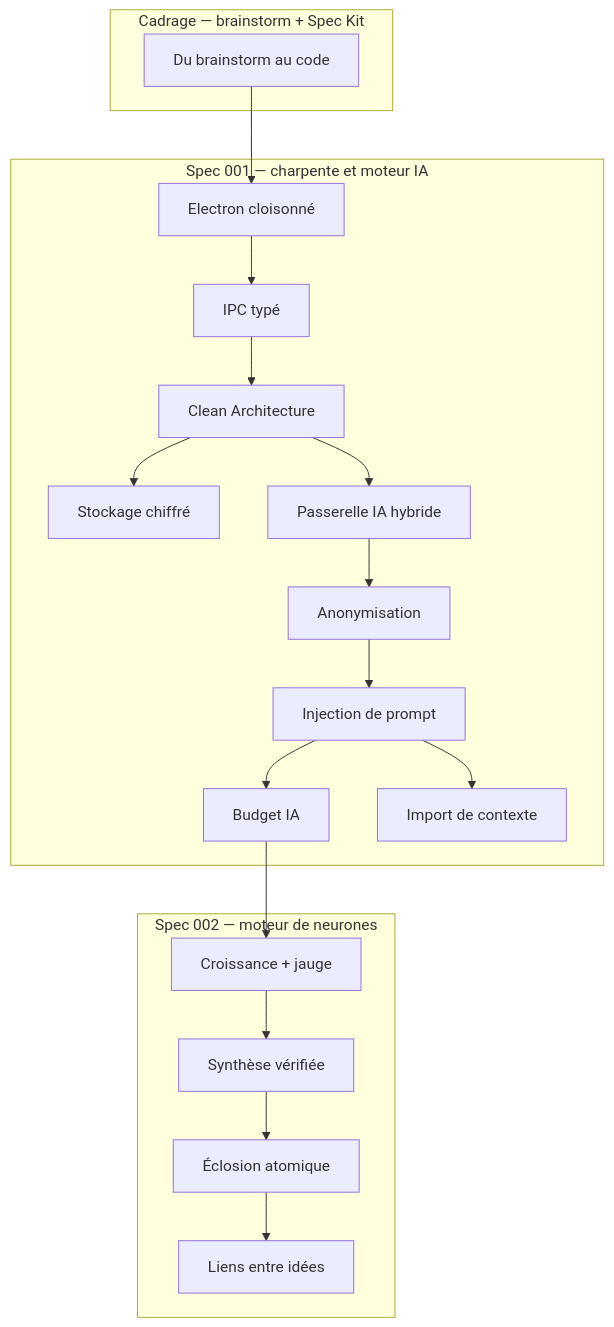
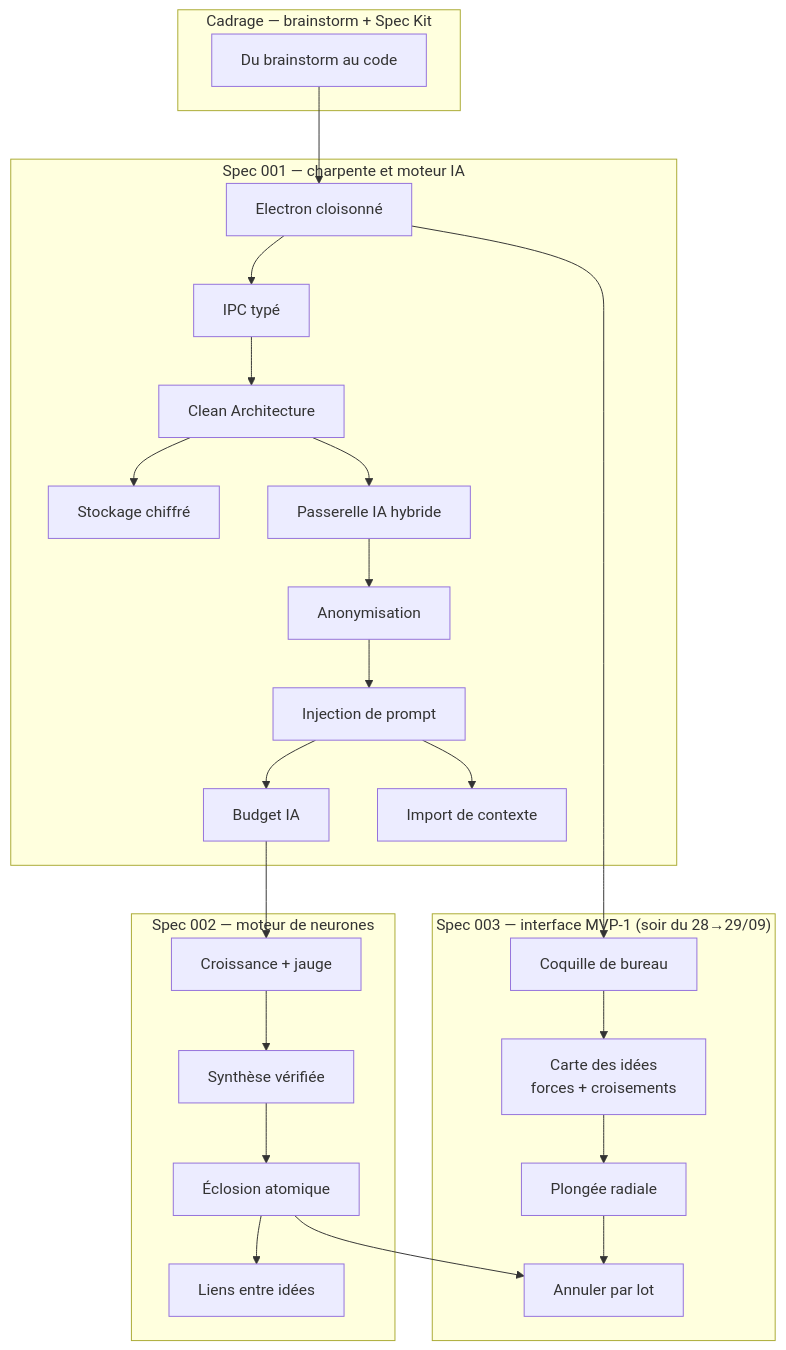
One commit to ernesthdj/gestionnaire-idees changed the diagram in docs/academique/MOC — Gestionnaire idées.md. Above: the diagram before and after it, drawn with Mermaid. The commit also changed other lines of this file and 173 other files, not shown here.

Commit message:
docs(gestionnaire-idees): fin de session - graphe et cours académique spec 003

````diff
--- a/docs/academique/MOC — Gestionnaire idées.md
+++ b/docs/academique/MOC — Gestionnaire idées.md
@@ -16,18 +16,23 @@
 ```mermaid
 flowchart TD
     subgraph "Cadrage — brainstorm + Spec Kit"
         A["Du brainstorm au code"]
     end
     subgraph "Spec 001 — charpente et moteur IA"
         B["Electron cloisonné"] --> C["IPC typé"] --> D["Clean Architecture"]
         D --> E["Stockage chiffré"]
         D --> F["Passerelle IA hybride"]
         F --> G["Anonymisation"] --> H["Injection de prompt"] --> I["Budget IA"]
         H --> N["Import de contexte"]
     end
     subgraph "Spec 002 — moteur de neurones"
         J["Croissance + jauge"] --> K["Synthèse vérifiée"] --> L["Éclosion atomique"] --> M["Liens entre idées"]
     end
+    subgraph "Spec 003 — interface MVP-1 (soir du 28→29/09)"
+        O["Coquille de bureau"] --> P["Carte des idées<br/>forces + croisements"] --> Q["Plongée radiale"] --> R["Annuler par lot"]
+    end
     A --> B
     I --> J
+    B --> O
+    L --> R
 ```
````
